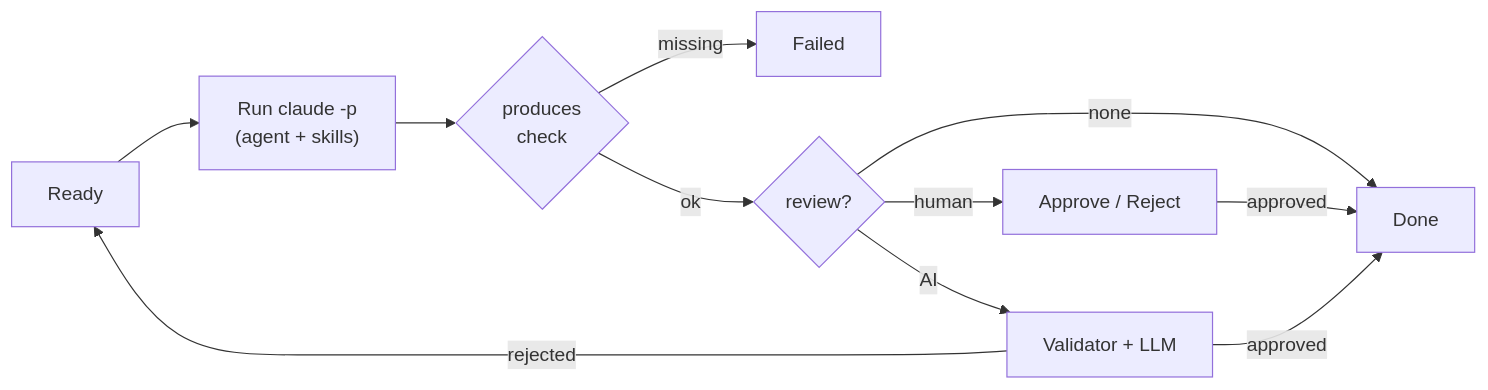
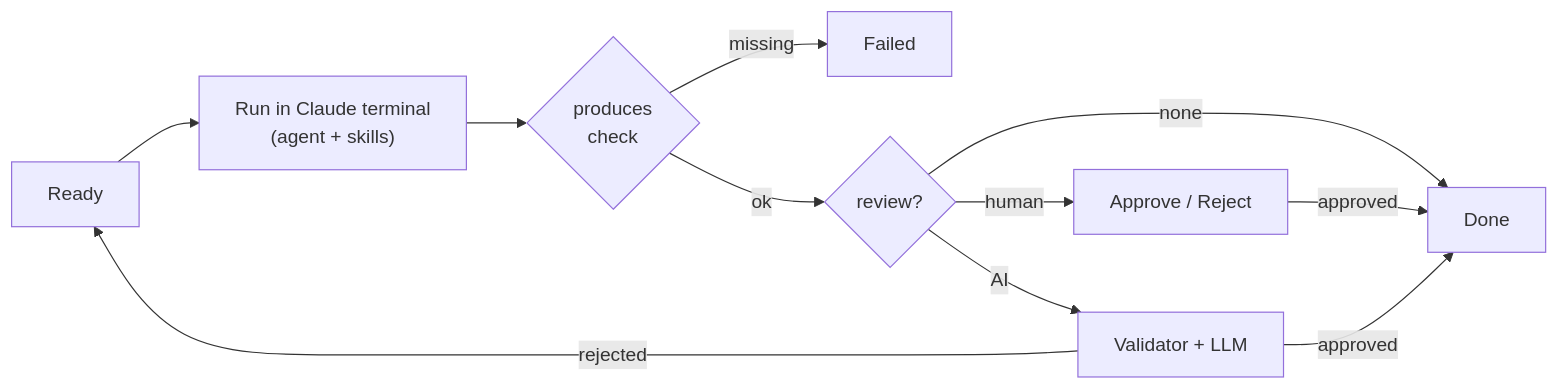
One commit to khainguyenhm-itr/ai-stepflow changed the diagram in README.md. Above: the diagram before and after it, drawn with Mermaid. The commit also changed other lines of this file and 21 other files, not shown here.

````diff
--- a/README.md
+++ b/README.md
@@ -43,13 +43,13 @@
 ```mermaid
 flowchart LR
-  A[Ready] --> B["Run claude -p<br/>(agent + skills)"]
+  A[Ready] --> B["Run in Claude terminal<br/>(agent + skills)"]
   B --> C{"produces<br/>check"}
   C -- missing --> F[Failed]
   C -- ok --> D{review?}
   D -- none --> E[Done]
   D -- human --> H[Approve / Reject]
   D -- AI --> V[Validator + LLM]
   H -- approved --> E
   V -- approved --> E
   V -- rejected --> A
 ```
````
